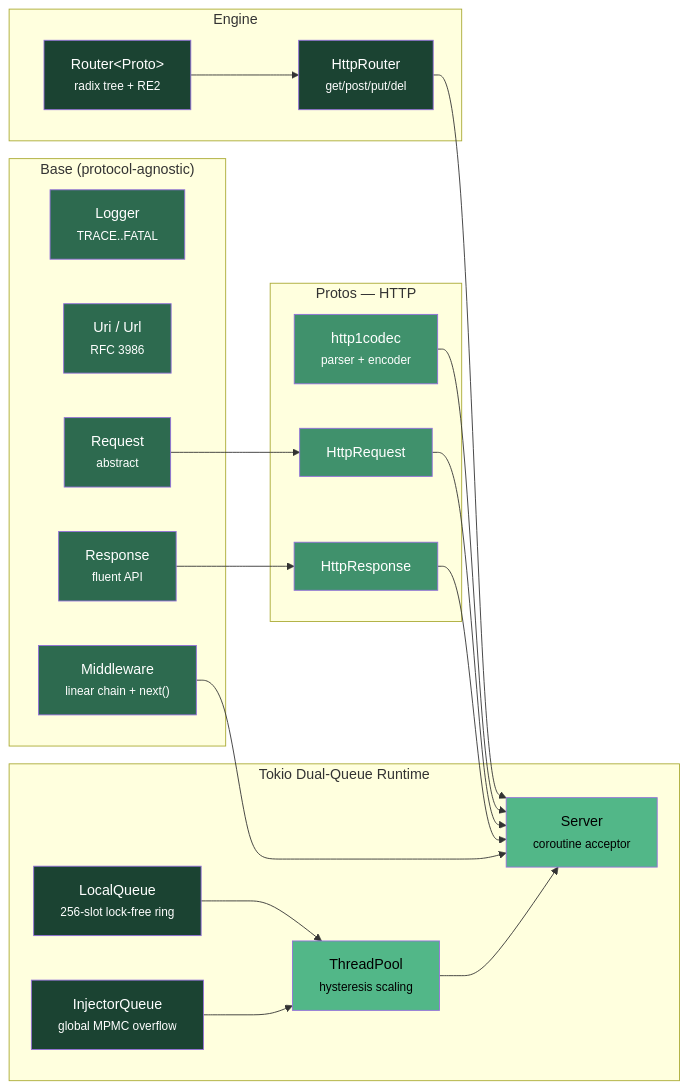
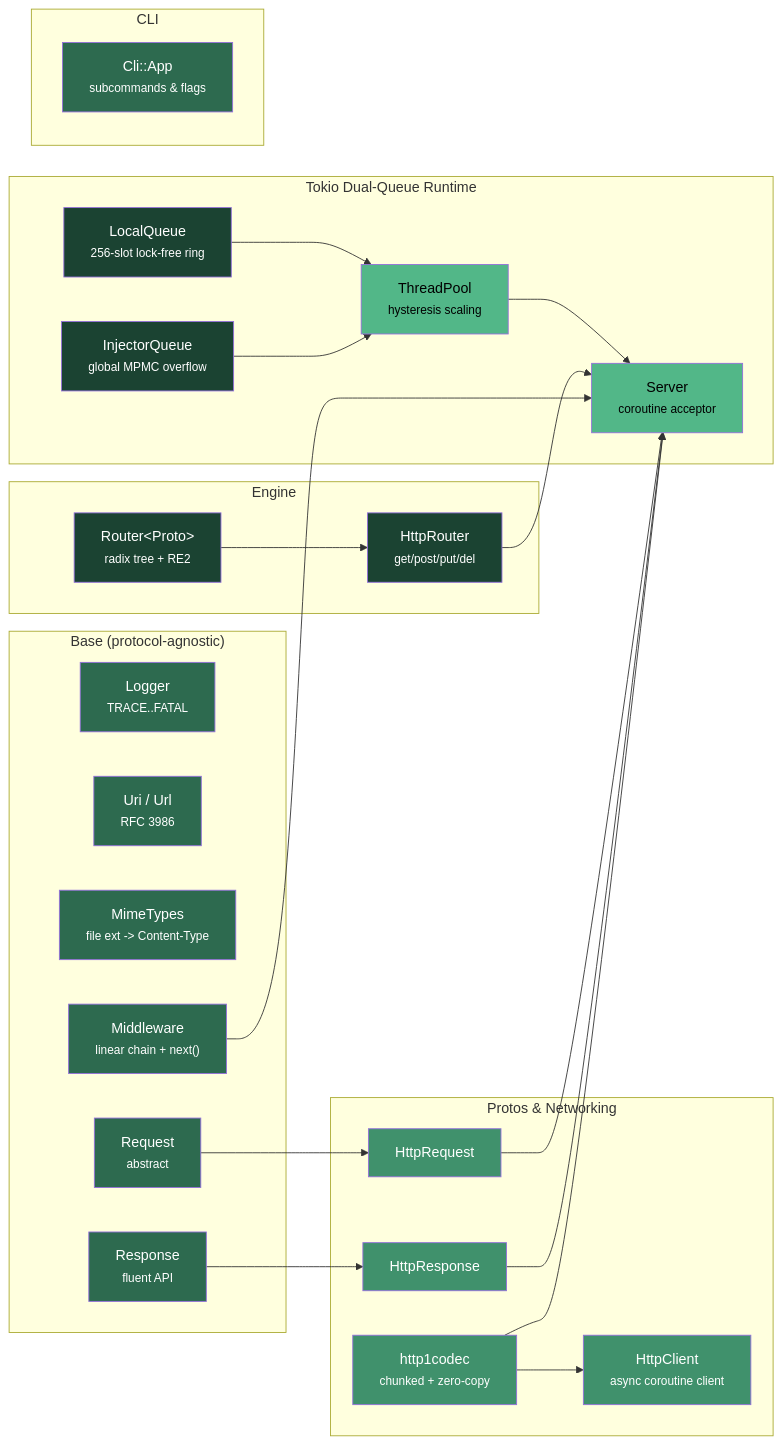
Before and after one commit to Jyotipm05/Nexus: the diagram in README.md, drawn with Mermaid. The commit also changed other lines of this file and 56 other files, not shown here.

````diff
--- a/README.md
+++ b/README.md
@@ -87,55 +140,65 @@
 ```mermaid
 graph LR
     subgraph "Base (protocol-agnostic)"
         Logger["Logger<br/><small>TRACE..FATAL</small>"]
         Uri["Uri / Url<br/><small>RFC 3986</small>"]
+        Mime["MimeTypes<br/><small>file ext -> Content-Type</small>"]
         Req["Request<br/><small>abstract</small>"]
         Res["Response<br/><small>fluent API</small>"]
         MW["Middleware<br/><small>linear chain + next()</small>"]
     end
 
     subgraph "Engine"
         Router["Router&lt;Proto&gt;<br/><small>radix tree + RE2</small>"]
         HttpRouter["HttpRouter<br/><small>get/post/put/del</small>"]
         Router --> HttpRouter
     end
 
     subgraph "Tokio Dual-Queue Runtime"
         LocalQ["LocalQueue<br/><small>256-slot lock-free ring</small>"]
         InjQ["InjectorQueue<br/><small>global MPMC overflow</small>"]
         Pool["ThreadPool<br/><small>hysteresis scaling</small>"]
         Server["Server<br/><small>coroutine acceptor</small>"]
         LocalQ --> Pool
         InjQ --> Pool
         Pool --> Server
     end
 
-    subgraph "Protos — HTTP"
-        Codec["http1codec<br/><small>parser + encoder</small>"]
+    subgraph "Protos & Networking"
+        Codec["http1codec<br/><small>chunked + zero-copy</small>"]
         HReq["HttpRequest"]
         HRes["HttpResponse"]
+        Client["HttpClient<br/><small>async coroutine client</small>"]
         HReq --> Server
         HRes --> Server
+    end
+
+    subgraph "CLI"
+        CLIApp["Cli::App<br/><small>subcommands & flags</small>"]
     end
 
     Req --> HReq
     Res --> HRes
     HttpRouter --> Server
     MW --> Server
     Codec --> Server
+    Codec --> Client
 
     style Logger fill:#2d6a4f,color:#fff
     style Uri fill:#2d6a4f,color:#fff
+    style Mime fill:#2d6a4f,color:#fff
     style Req fill:#2d6a4f,color:#fff
     style Res fill:#2d6a4f,color:#fff
     style MW fill:#2d6a4f,color:#fff
     style Router fill:#1b4332,color:#fff
     style HttpRouter fill:#1b4332,color:#fff
     style Codec fill:#40916c,color:#fff
     style HReq fill:#40916c,color:#fff
     style HRes fill:#40916c,color:#fff
+    style Client fill:#40916c,color:#fff
+    style CLIApp fill:#2d6a4f,color:#fff
     style Server fill:#52b788,color:#000
     style LocalQ fill:#1b4332,color:#fff
     style InjQ fill:#1b4332,color:#fff
     style Pool fill:#52b788,color:#000
 ```
````
